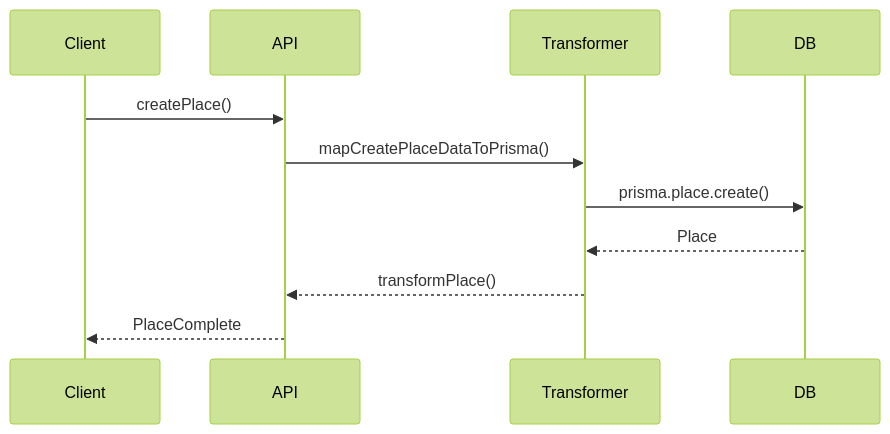
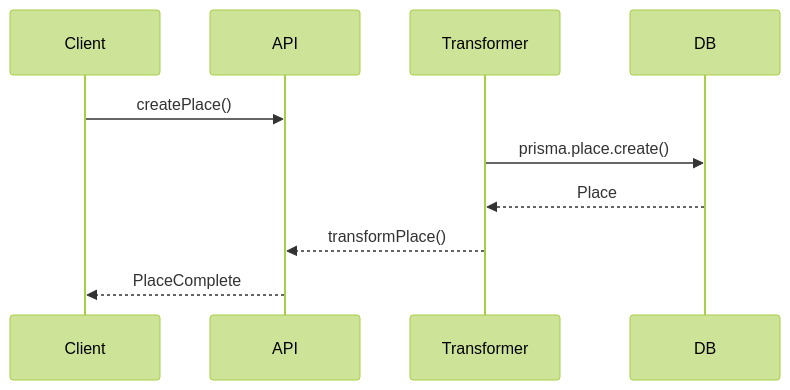
Before and after one commit to gvastethecreator/media-manager: the second of 2 diagrams in src/types/entities/place/documentation.md, drawn with Mermaid (forest theme). The commit also changed 176 other files, not shown here.

````diff
--- a/src/types/entities/place/documentation.md
+++ b/src/types/entities/place/documentation.md
@@ -51,13 +51,13 @@
 ```mermaid
 sequenceDiagram
     participant Client
     participant API
     participant Transformer
     participant DB
     Client->>API: createPlace()
-    API->>Transformer: mapCreatePlaceDataToPrisma()
+    
     Transformer->>DB: prisma.place.create()
     DB-->>Transformer: Place
     Transformer-->>API: transformPlace()
     API-->>Client: PlaceComplete
 ```
````
